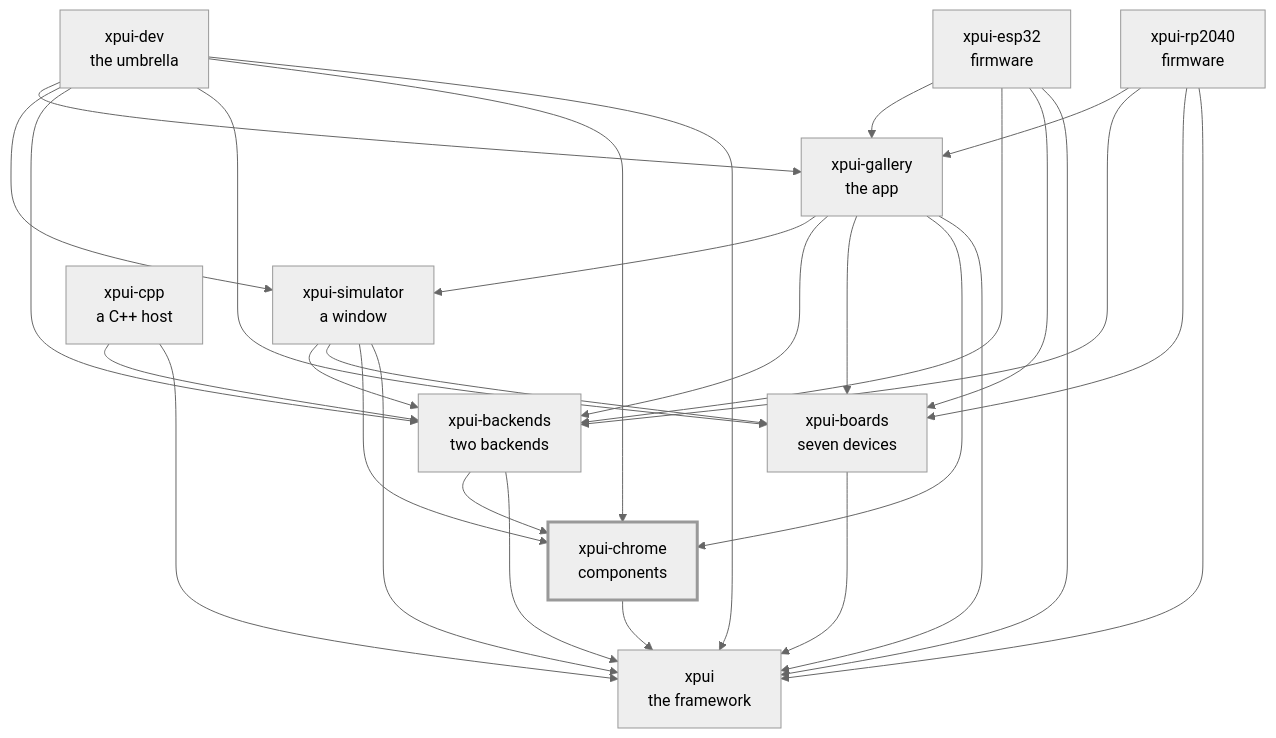
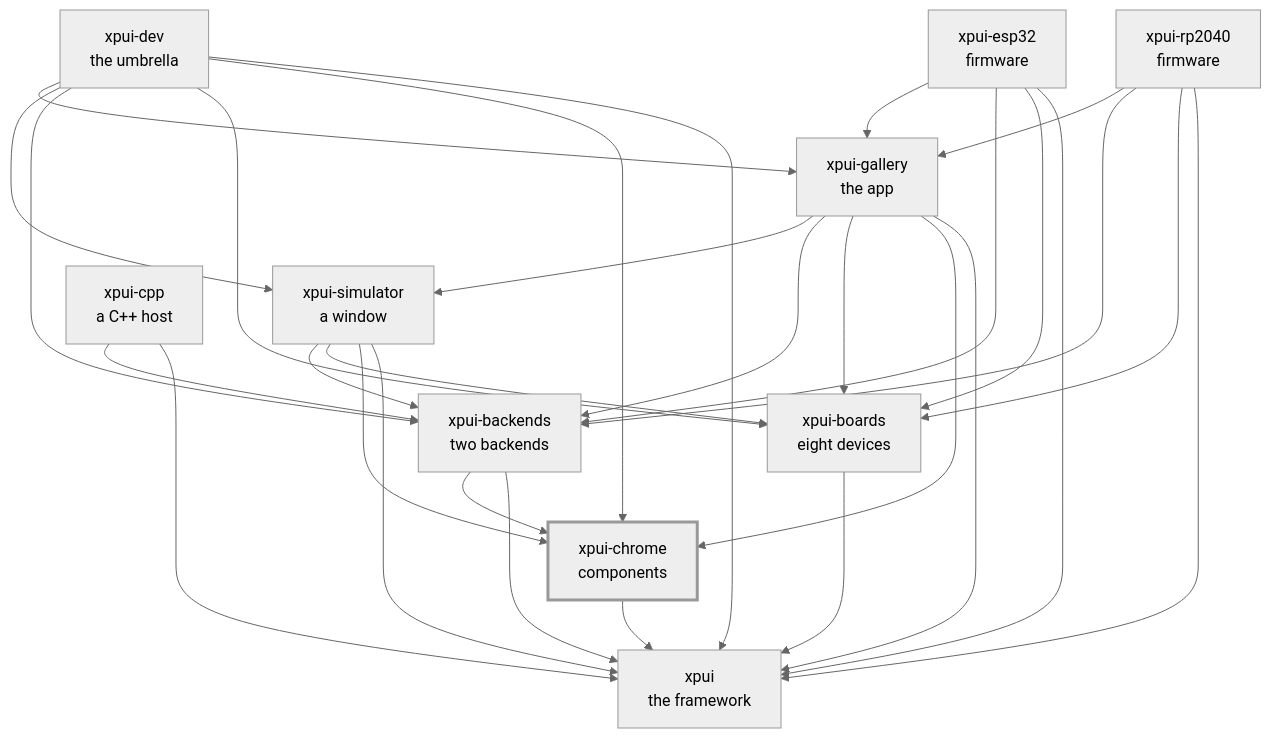
The diagram in README.md (XPUI-Framework/xpui-chrome), drawn with Mermaid (neutral theme) before and after one commit. The commit also changed 4 other files, not shown here.

````diff
--- a/README.md
+++ b/README.md
@@ -81,43 +81,43 @@
 ```mermaid
 flowchart TD
   xpui["xpui<br/>the framework"]
   chrome["xpui-chrome<br/>components"]
-  boards["xpui-boards<br/>seven devices"]
+  boards["xpui-boards<br/>eight devices"]
   backends["xpui-backends<br/>two backends"]
   simulator["xpui-simulator<br/>a window"]
   gallery["xpui-gallery<br/>the app"]
   rp2040["xpui-rp2040<br/>firmware"]
   esp32["xpui-esp32<br/>firmware"]
   cpp["xpui-cpp<br/>a C++ host"]
   dev["xpui-dev<br/>the umbrella"]
   chrome --> xpui
   boards --> xpui
   backends --> xpui
   backends --> chrome
   simulator --> xpui
   simulator --> chrome
   simulator --> boards
   simulator --> backends
   gallery --> xpui
   gallery --> chrome
   gallery --> boards
   gallery --> backends
   gallery --> simulator
   rp2040 --> xpui
   rp2040 --> boards
   rp2040 --> backends
   rp2040 --> gallery
   esp32 --> xpui
   esp32 --> boards
   esp32 --> backends
   esp32 --> gallery
   cpp --> xpui
   cpp --> backends
   dev --> xpui
   dev --> chrome
   dev --> boards
   dev --> backends
   dev --> simulator
   dev --> gallery
   style chrome stroke-width:3px
 ```
````
